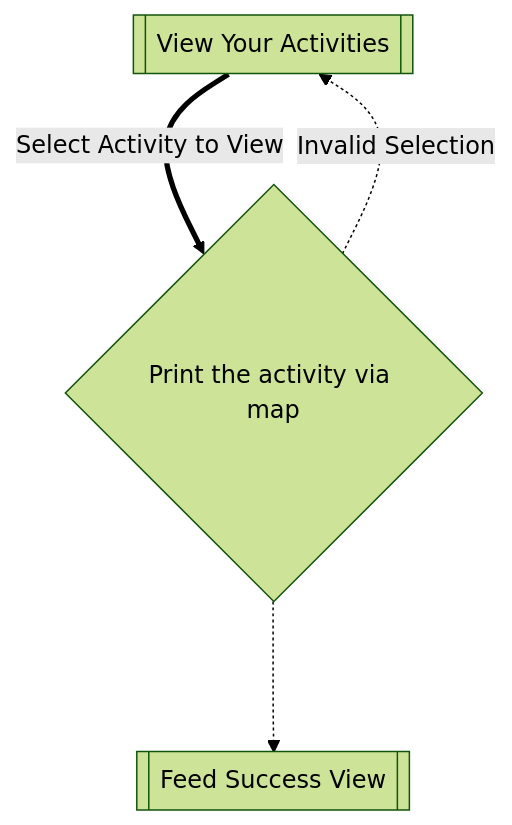
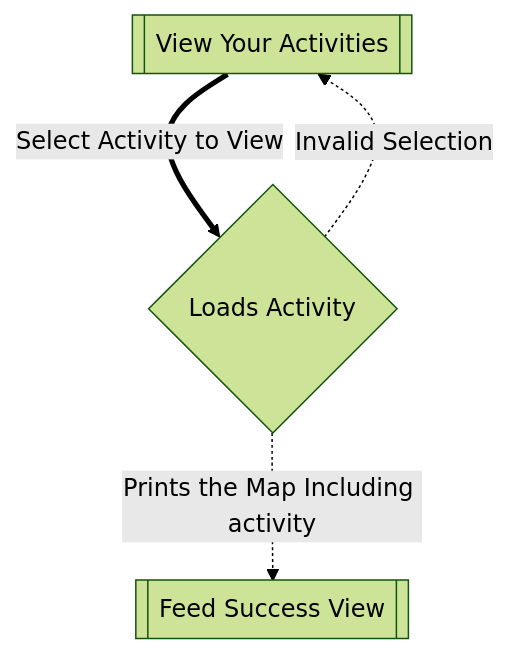
One commit to umangmehta0007/Excercise_Tracker changed the second of 12 diagrams in README.md. Above: the diagram before and after it, drawn with Mermaid (forest theme). The commit also changed other lines of this file, not shown here.

Commit message:
Updated Flows of interactions

````diff
--- a/README.md
+++ b/README.md
@@ -86,16 +87,16 @@
 ```mermaid
 flowchart
 
     viewact[[View Your Activities]]
     
-    printMap{Print the activity via map}
+    printMap{Loads Activity}
 
     viewact ==Select Activity to View==>printMap
 
     printMap -.Invalid Selection.-> viewact
 
-    printMap -..-> success
+    printMap -.Prints the Map Including activity.-> success
 
     success[[Feed Success View]]
 
 ```
````
